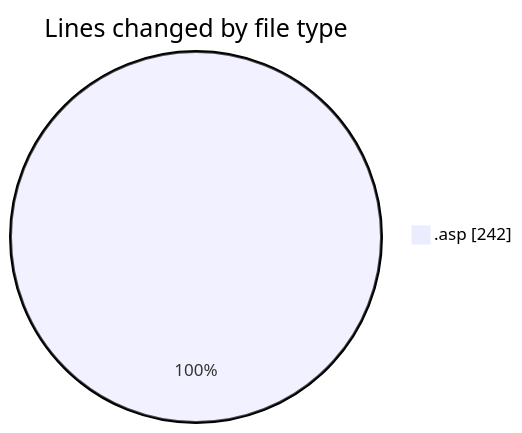
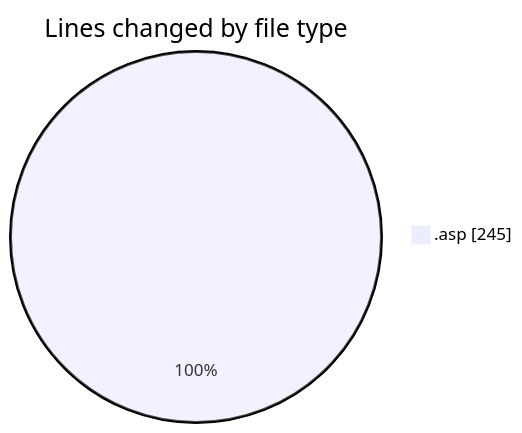
The first of 2 diagrams in 2025-11-15/cdp_aleoudev_fr__workspace_/README.md (julien-gomy/code-tracking), drawn with Mermaid before and after one commit. The commit also changed other lines of this file and 1 other file, not shown here.

````diff
--- a/2025-11-15/cdp_aleoudev_fr__workspace_/README.md
+++ b/2025-11-15/cdp_aleoudev_fr__workspace_/README.md
@@ -22,5 +22,5 @@
 ```mermaid
 pie showData
 title Lines changed by file type
-".asp" : 242
+".asp" : 245
 ```
````
